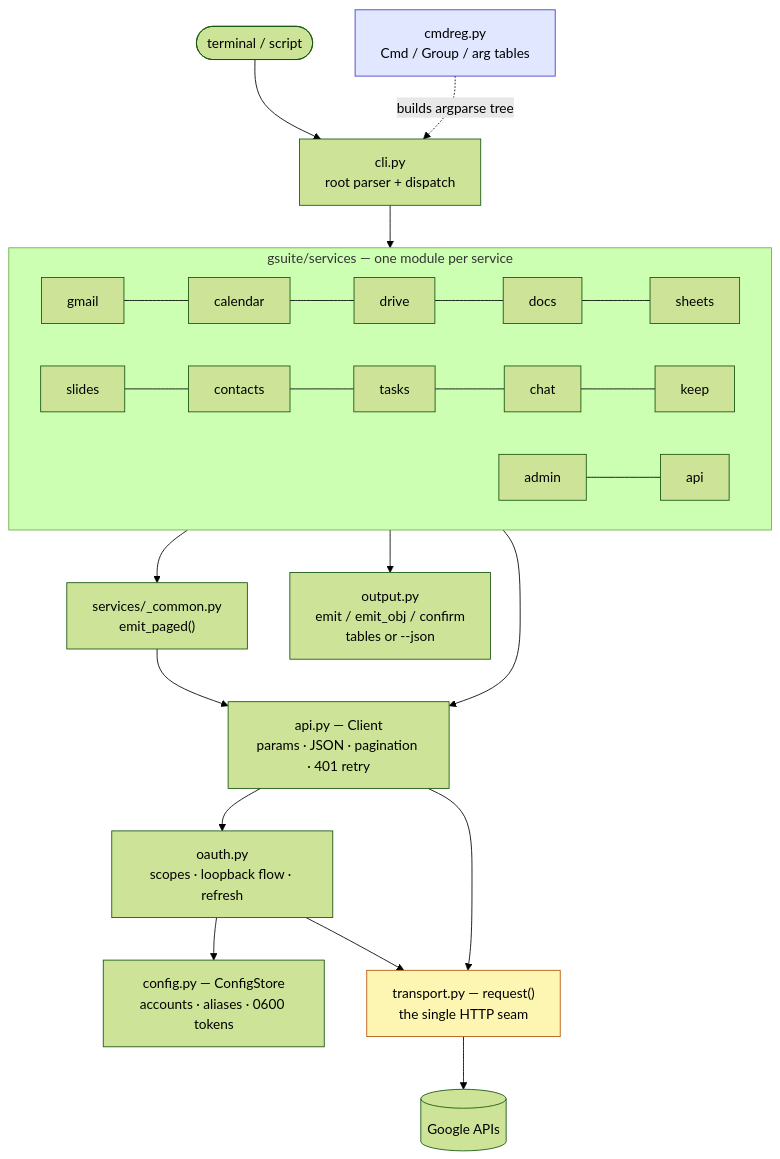
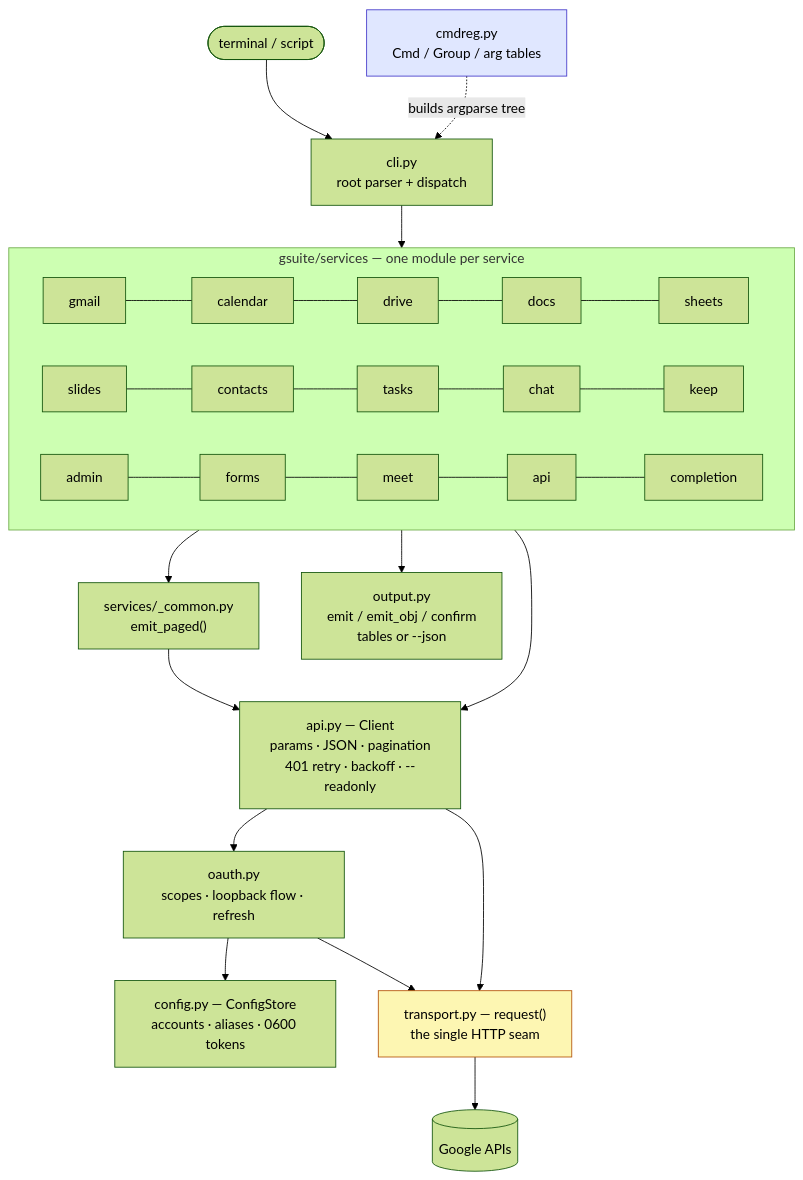
Before and after one commit to pfeilbr/git-scratchpad: the first of 3 diagrams in docs/architecture.md, drawn with Mermaid (forest theme). The commit also changed other lines of this file and 6 other files, not shown here.

````diff
--- a/docs/architecture.md
+++ b/docs/architecture.md
@@ -9,26 +9,26 @@
 ```mermaid
 flowchart TD
     U([terminal / script]) --> CLI["cli.py<br/>root parser + dispatch"]
 
     subgraph SVC ["gsuite/services — one module per service"]
         direction LR
         GM[gmail] --- CA[calendar] --- DR[drive] --- DO[docs] --- SH[sheets]
         SL[slides] --- CO[contacts] --- TA[tasks] --- CH[chat] --- KE[keep]
-        AD[admin] --- AP[api]
+        AD[admin] --- FO[forms] --- ME[meet] --- AP[api] --- CP[completion]
     end
 
     CLI --> SVC
     REG["cmdreg.py<br/>Cmd / Group / arg tables"] -. "builds argparse tree" .-> CLI
     SVC --> COMMON["services/_common.py<br/>emit_paged()"]
     SVC --> OUT["output.py<br/>emit / emit_obj / confirm<br/>tables or --json"]
     COMMON --> CLIENT
-    SVC --> CLIENT["api.py — Client<br/>params · JSON · pagination · 401 retry"]
+    SVC --> CLIENT["api.py — Client<br/>params · JSON · pagination<br/>401 retry · backoff · --readonly"]
     CLIENT --> OAUTH["oauth.py<br/>scopes · loopback flow · refresh"]
     OAUTH --> CFG["config.py — ConfigStore<br/>accounts · aliases · 0600 tokens"]
     CLIENT --> T["transport.py — request()<br/>the single HTTP seam"]
     OAUTH --> T
     T --> G[(Google APIs)]
 
     style T fill:#fdf6b2,stroke:#b45309
     style REG fill:#e0e7ff,stroke:#4338ca
 ```
````
